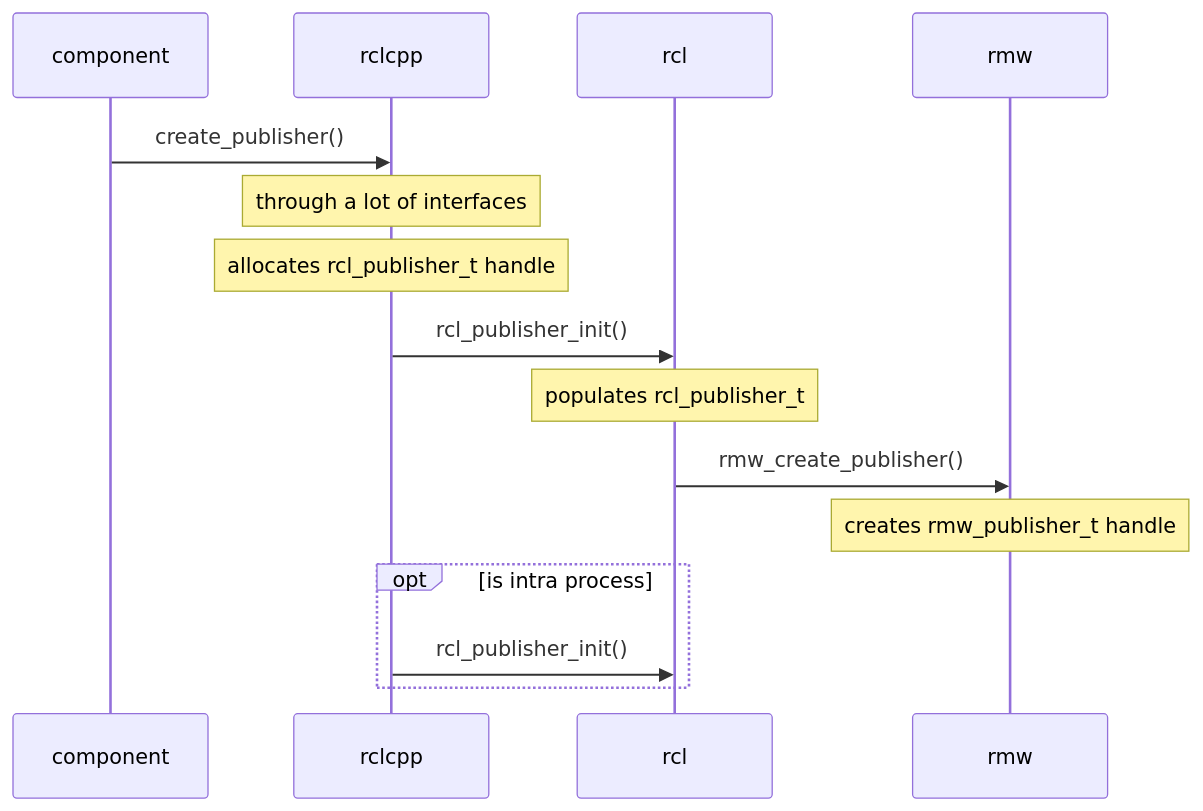
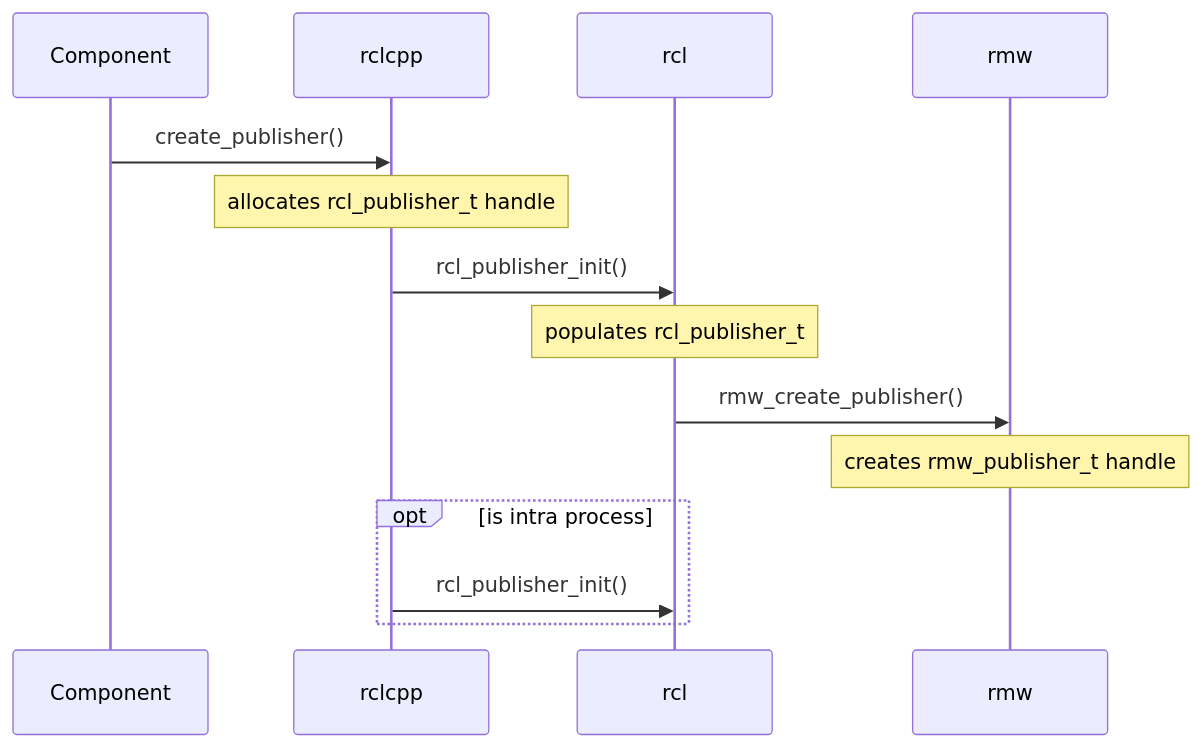
Before and after one commit to ros2/ros2_tracing: the third of 6 diagrams in doc/ros_2.md, drawn with Mermaid. The commit also changed other lines of this file, not shown here.

````diff
--- a/doc/ros_2.md
+++ b/doc/ros_2.md
@@ -67,19 +67,18 @@
 ```mermaid
 sequenceDiagram
-    participant component
+    participant Component
     participant rclcpp
     participant rcl
     participant rmw
 
-    component->>rclcpp: create_publisher()
-    Note over rclcpp: through a lot of interfaces
+    Component->>rclcpp: create_publisher()
     Note over rclcpp: allocates rcl_publisher_t handle
     rclcpp->>rcl: rcl_publisher_init()
     Note over rcl: populates rcl_publisher_t
     rcl->>rmw: rmw_create_publisher()
     Note over rmw: creates rmw_publisher_t handle
 
     opt is intra process
         rclcpp->>rcl: rcl_publisher_init()
     end
 ```
````
